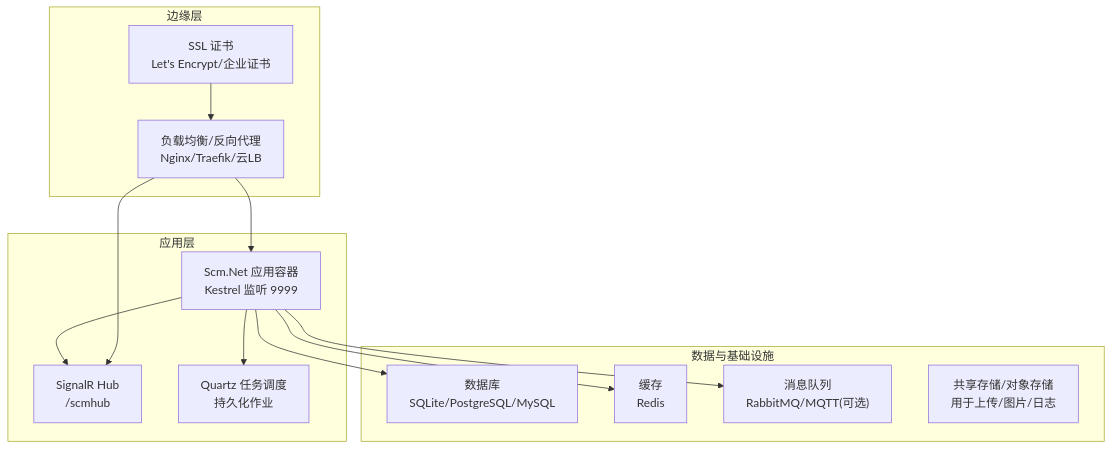
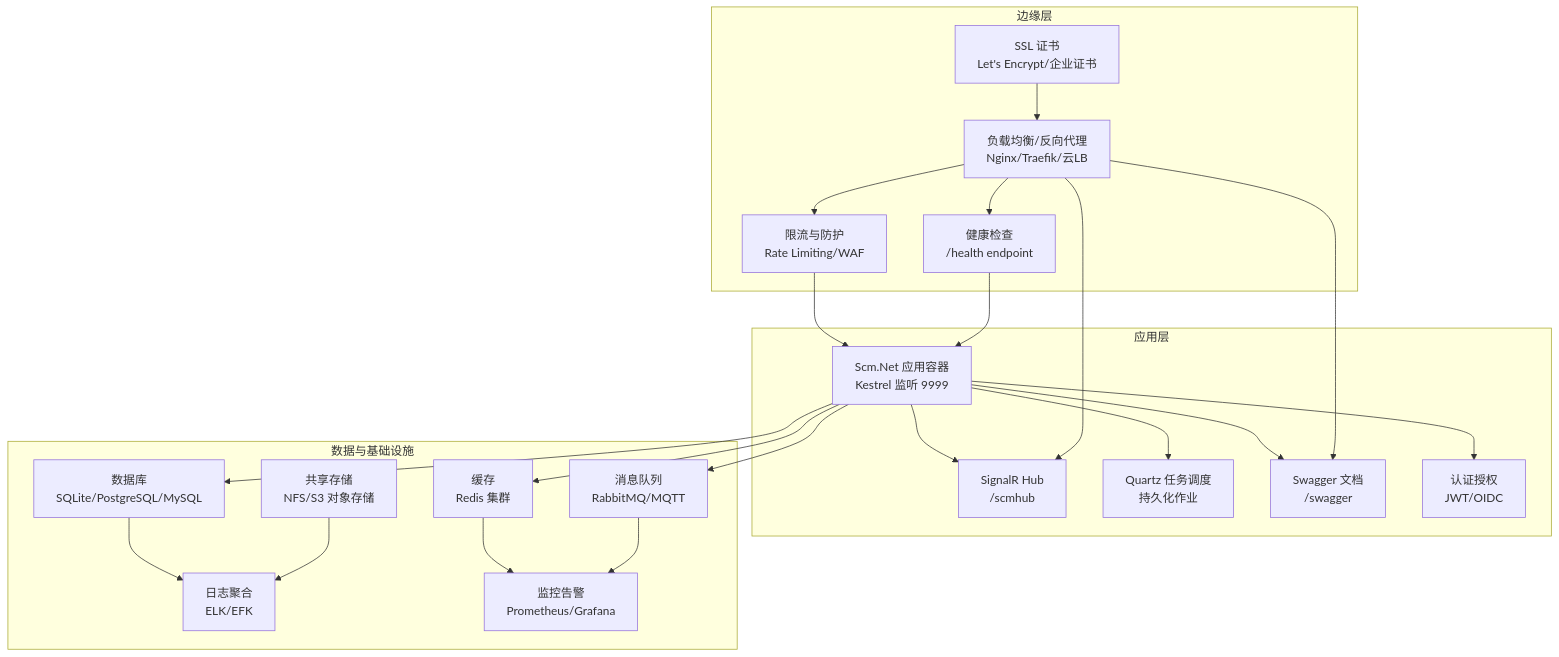
Before and after one commit to leadiot/Scm.Net: the first of 6 diagrams in .qoder/repowiki/zh/content/部署指南/部署指南.md, drawn with Mermaid. The commit also changed other lines of this file and 126 other files, not shown here.

````diff
--- a/.qoder/repowiki/zh/content/部署指南/部署指南.md
+++ b/.qoder/repowiki/zh/content/部署指南/部署指南.md
@@ -89,26 +49,42 @@
 ```mermaid
 graph TB
 subgraph "边缘层"
 LB["负载均衡/反向代理<br/>Nginx/Traefik/云LB"]
 SSL["SSL 证书<br/>Let's Encrypt/企业证书"]
+HEALTH["健康检查<br/>/health endpoint"]
+LIMIT["限流与防护<br/>Rate Limiting/WAF"]
 end
 subgraph "应用层"
 APP["Scm.Net 应用容器<br/>Kestrel 监听 9999"]
 SIG["SignalR Hub<br/>/scmhub"]
 Q["Quartz 任务调度<br/>持久化作业"]
+SWAGGER["Swagger 文档<br/>/swagger"]
+AUTH["认证授权<br/>JWT/OIDC"]
 end
 subgraph "数据与基础设施"
 DB["数据库<br/>SQLite/PostgreSQL/MySQL"]
-REDIS["缓存<br/>Redis"]
-MQ["消息队列<br/>RabbitMQ/MQTT(可选)"]
-FS["共享存储/对象存储<br/>用于上传/图片/日志"]
+REDIS["缓存<br/>Redis 集群"]
+MQ["消息队列<br/>RabbitMQ/MQTT"]
+FS["共享存储<br/>NFS/S3 对象存储"]
+LOG["日志聚合<br/>ELK/EFK"]
+MON["监控告警<br/>Prometheus/Grafana"]
 end
 SSL --> LB
-LB --> APP
+LB --> HEALTH
+LB --> LIMIT
+LIMIT --> APP
+HEALTH --> APP
 APP --> DB
 APP --> REDIS
 APP --> MQ
 APP --> SIG
 APP --> Q
+APP --> SWAGGER
+APP --> AUTH
 LB --> SIG
+LB --> SWAGGER
+DB --> LOG
+REDIS --> MON
+MQ --> MON
+FS --> LOG
 ```
````
